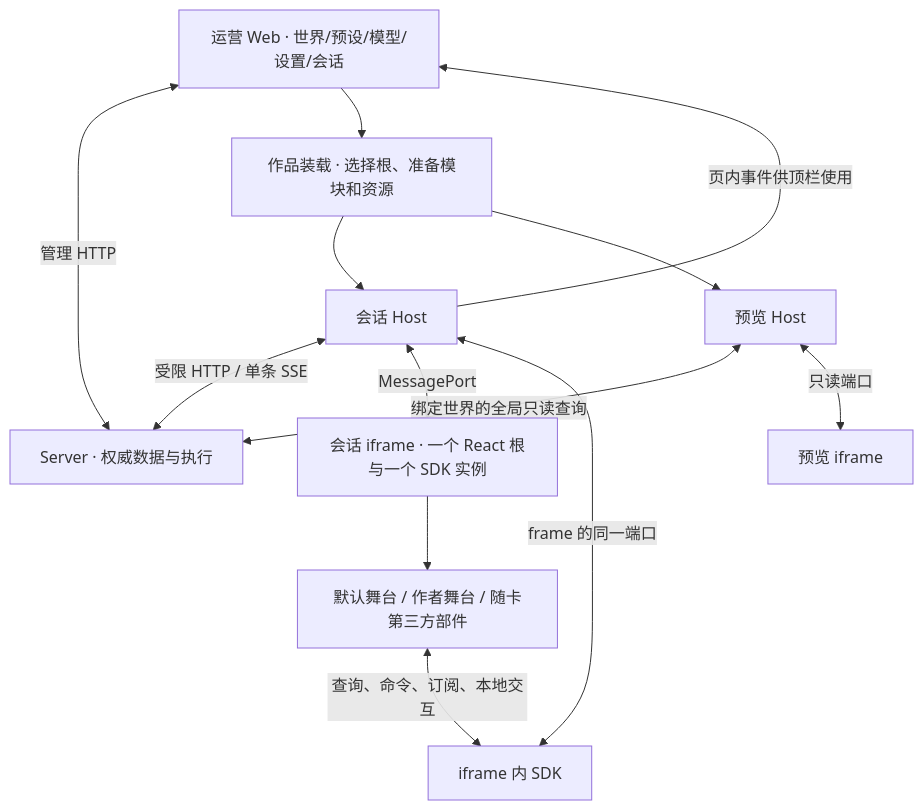
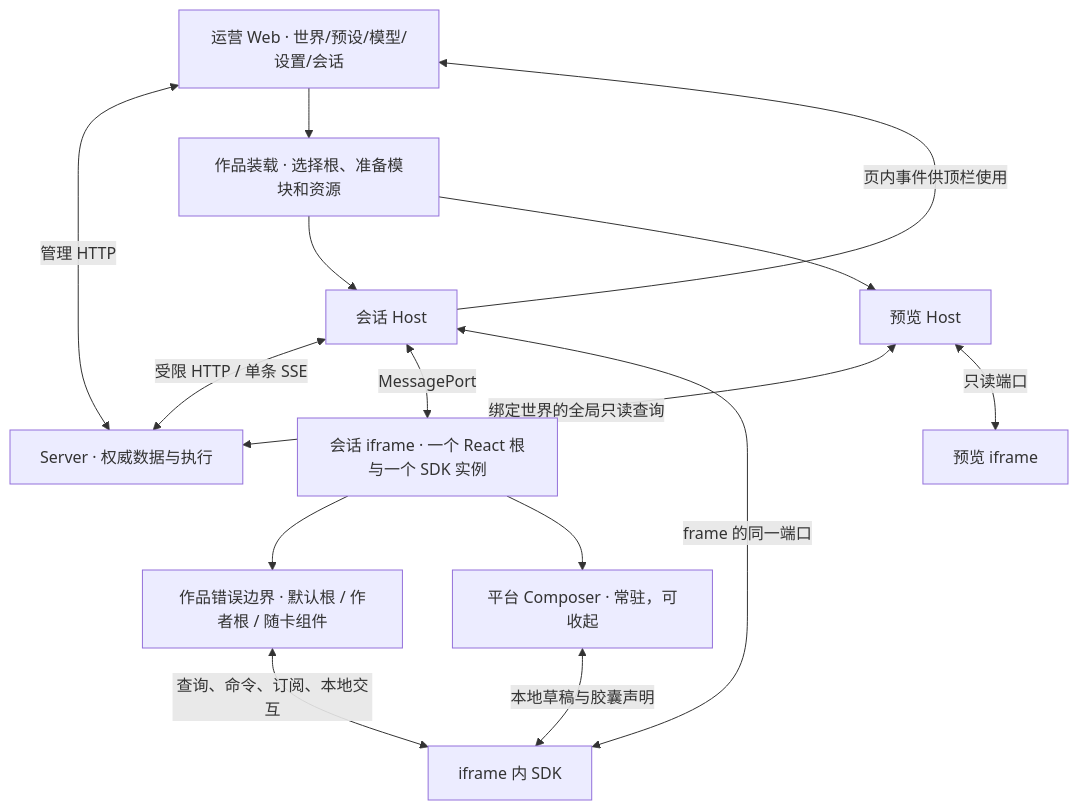
Before and after one commit to huiru-wang/SillyRealms: the first of 2 diagrams in plan/可组合舞台与薄宿主架构方案.md, drawn with Mermaid. The commit also changed other lines of this file and 4 other files, not shown here.

Commit message:
docs: define server runs and update stage architecture plans

````diff
--- a/plan/可组合舞台与薄宿主架构方案.md
+++ b/plan/可组合舞台与薄宿主架构方案.md
@@ -29,15 +29,17 @@
 ```mermaid
 flowchart TB
   O["运营 Web · 世界/预设/模型/设置/会话"] <-->|管理 HTTP| S["Server · 权威数据与执行"]
   O --> L["作品装载 · 选择根、准备模块和资源"]
   L --> H["会话 Host"]
   L --> P["预览 Host"]
   H <-->|受限 HTTP / 单条 SSE| S
   H -->|页内事件供顶栏使用| O
   P <-->|绑定世界的全局只读查询| S
   H <-->|MessagePort| F["会话 iframe · 一个 React 根与一个 SDK 实例"]
   P <-->|只读端口| V["预览 iframe"]
-  F --> C["默认舞台 / 作者舞台 / 随卡第三方部件"]
+  F --> C["作品错误边界 · 默认根 / 作者根 / 随卡组件"]
+  F --> M["平台 Composer · 常驻，可收起"]
+  M <-->|本地草稿与胶囊声明| D
   C <-->|查询、命令、订阅、本地交互| D["iframe 内 SDK"]
   D <-->|frame 的同一端口| H
 ```
````
